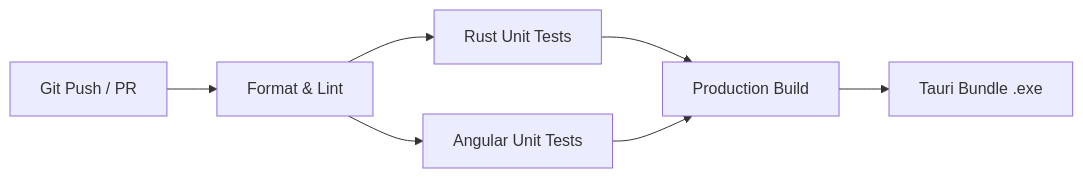
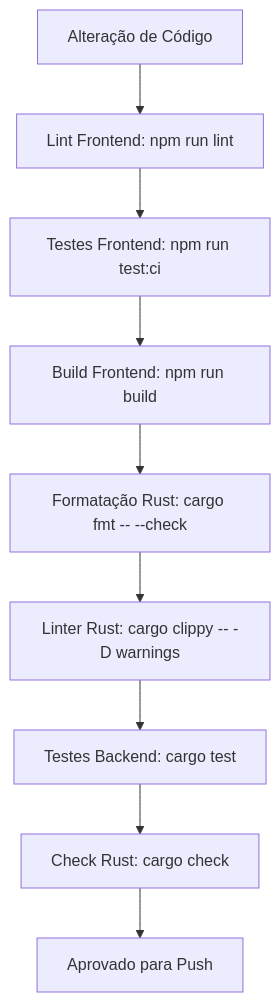
The diagram in TESTING_GUIDE.md (ErickG123/yomiflow), drawn with Mermaid before and after one commit. The commit also changed other lines of this file and 18 other files, not shown here.

````diff
--- a/TESTING_GUIDE.md
+++ b/TESTING_GUIDE.md
@@ -188,9 +286,11 @@
 ```mermaid
-flowchart LR
-    A[Git Push / PR] --> B[Format & Lint]
-    B --> C[Rust Unit Tests]
-    B --> D[Angular Unit Tests]
-    C --> E[Production Build]
-    D --> E
-    E --> F[Tauri Bundle .exe]
+flowchart TD
+    A[Alteração de Código] --> B[Lint Frontend: npm run lint]
+    B --> C[Testes Frontend: npm run test:ci]
+    C --> D[Build Frontend: npm run build]
+    D --> E[Formatação Rust: cargo fmt -- --check]
+    E --> F[Linter Rust: cargo clippy -- -D warnings]
+    F --> G[Testes Backend: cargo test]
+    G --> H[Check Rust: cargo check]
+    H --> I[Aprovado para Push]
 ```
````
